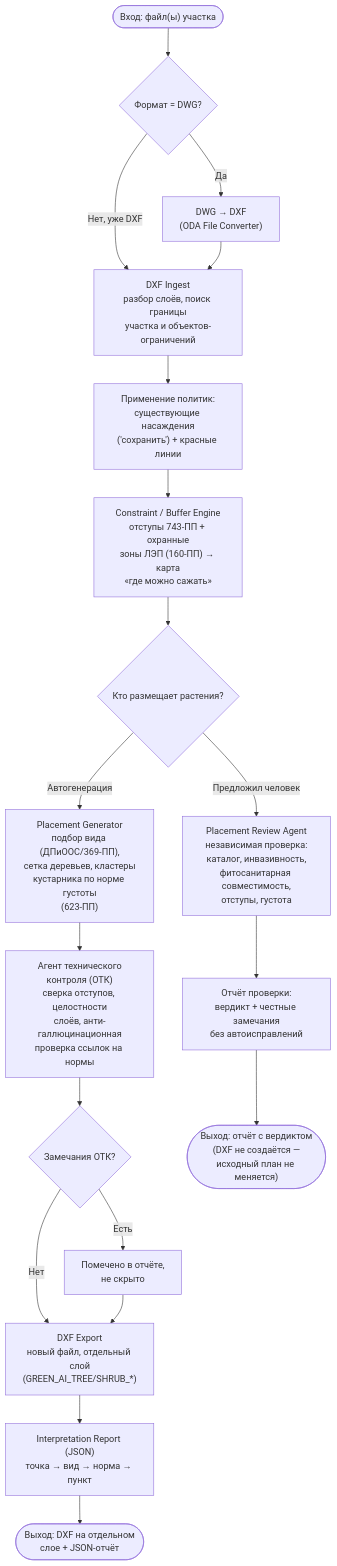
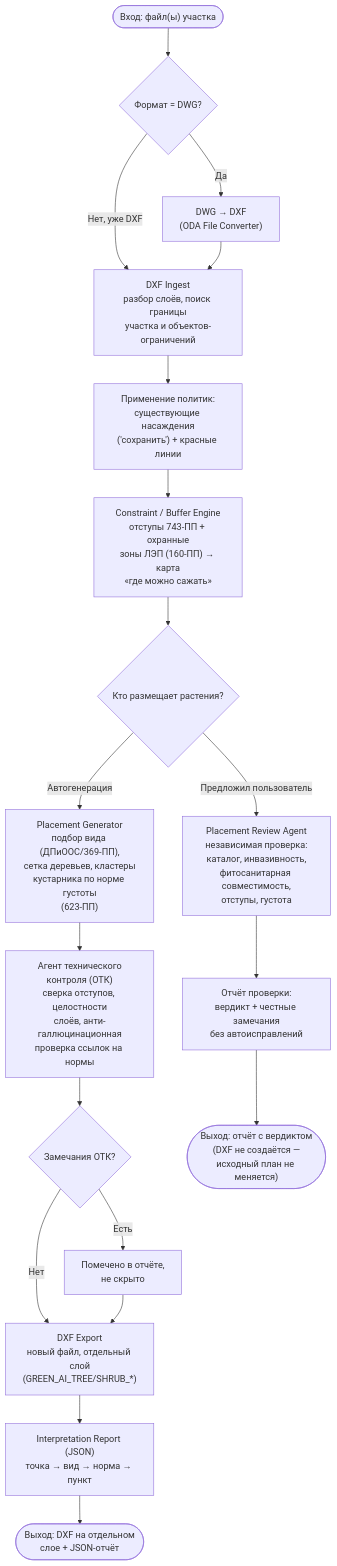
One commit to najdzelnajspops/- changed the diagram in docs/PROCESS_FLOWCHART.md. Above: the diagram before and after it, drawn with Mermaid. The commit also changed other lines of this file and 39 other files, not shown here.

````diff
--- a/docs/PROCESS_FLOWCHART.md
+++ b/docs/PROCESS_FLOWCHART.md
@@ -7,34 +7,34 @@
 ```mermaid
 flowchart TD
     Start(["Вход: файл(ы) участка"]) --> FormatCheck{"Формат = DWG?"}
 
     FormatCheck -- "Да" --> Convert["DWG → DXF\n(ODA File Converter)"]
     FormatCheck -- "Нет, уже DXF" --> Ingest
     Convert --> Ingest
 
     Ingest["DXF Ingest\nразбор слоёв, поиск границы\nучастка и объектов-ограничений"]
     Ingest --> Policies["Применение политик:\nсуществующие насаждения\n('сохранить') + красные линии"]
 
     Policies --> Constraint["Constraint / Buffer Engine\nотступы 743-ПП + охранные\nзоны ЛЭП (160-ПП) → карта\n«где можно сажать»"]
 
     Constraint --> ModeCheck{"Кто размещает растения?"}
 
     ModeCheck -- "Автогенерация" --> Generator["Placement Generator\nподбор вида (ДПиООС/369-ПП),\nсетка деревьев, кластеры\nкустарника по норме густоты\n(623-ПП)"]
 
-    ModeCheck -- "Предложил человек" --> Review["Placement Review Agent\nнезависимая проверка:\nкаталог, инвазивность,\nфитосанитарная совместимость,\nотступы, густота"]
+    ModeCheck -- "Предложил пользователь" --> Review["Placement Review Agent\nнезависимая проверка:\nкаталог, инвазивность,\nфитосанитарная совместимость,\nотступы, густота"]
 
     Generator --> OTK["Агент технического\nконтроля (ОТК)\nсверка отступов, целостности\nслоёв, анти-галлюцинационная\nпроверка ссылок на нормы"]
 
     OTK --> OTKCheck{"Замечания ОТК?"}
     OTKCheck -- "Есть" --> Flag["Помечено в отчёте,\nне скрыто"]
     OTKCheck -- "Нет" --> Export
 
     Export["DXF Export\nновый файл, отдельный слой\n(GREEN_AI_TREE/SHRUB_*)"]
     Flag --> Export
 
     Export --> Report["Interpretation Report (JSON)\nточка → вид → норма → пункт"]
     Review --> ReviewReport["Отчёт проверки:\nвердикт + честные замечания\nбез автоисправлений"]
 
     Report --> End(["Выход: DXF на отдельном\nслое + JSON-отчёт"])
     ReviewReport --> End2(["Выход: отчёт с вердиктом\n(DXF не создаётся —\nисходный план не меняется)"])
 ```
````
